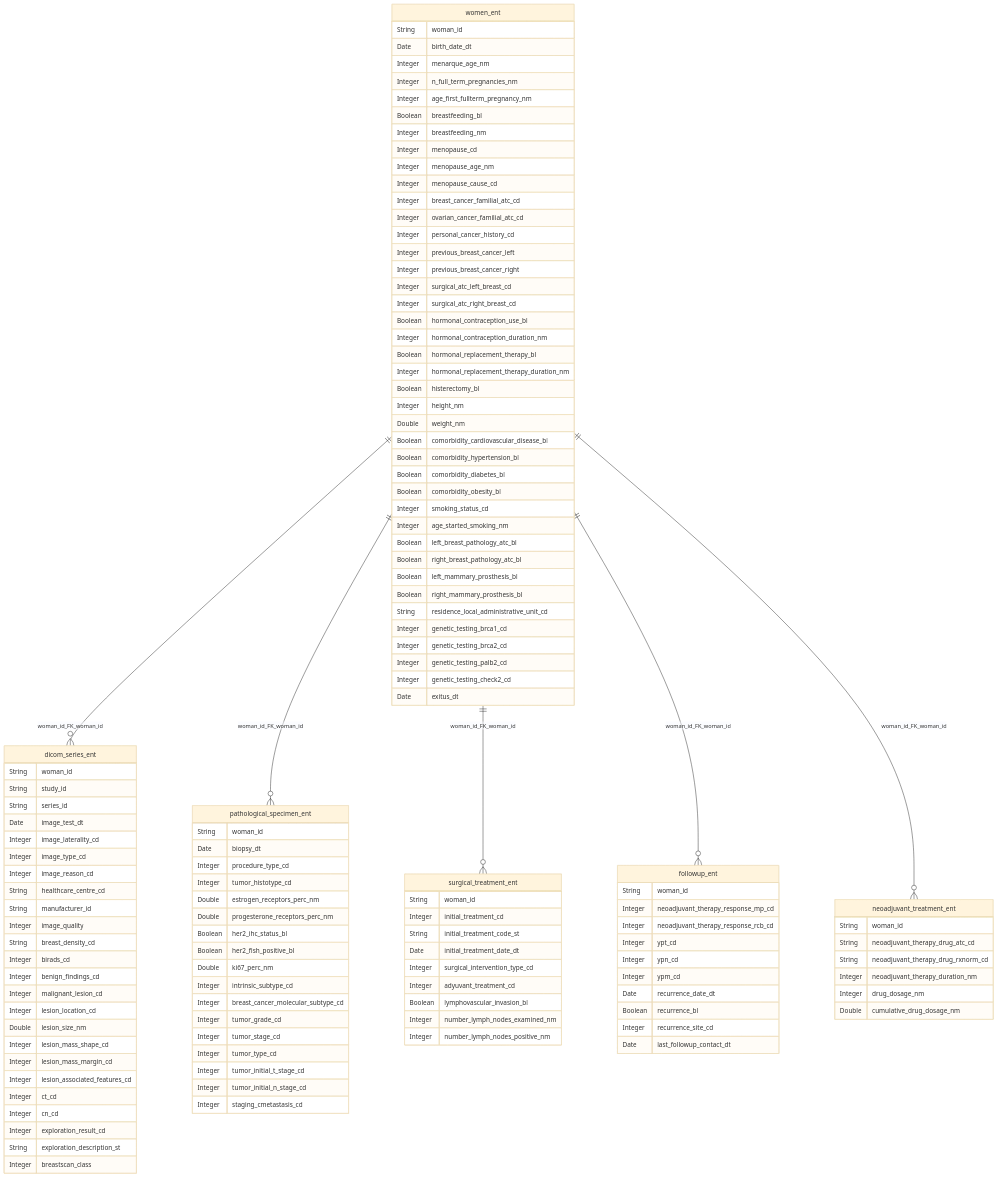
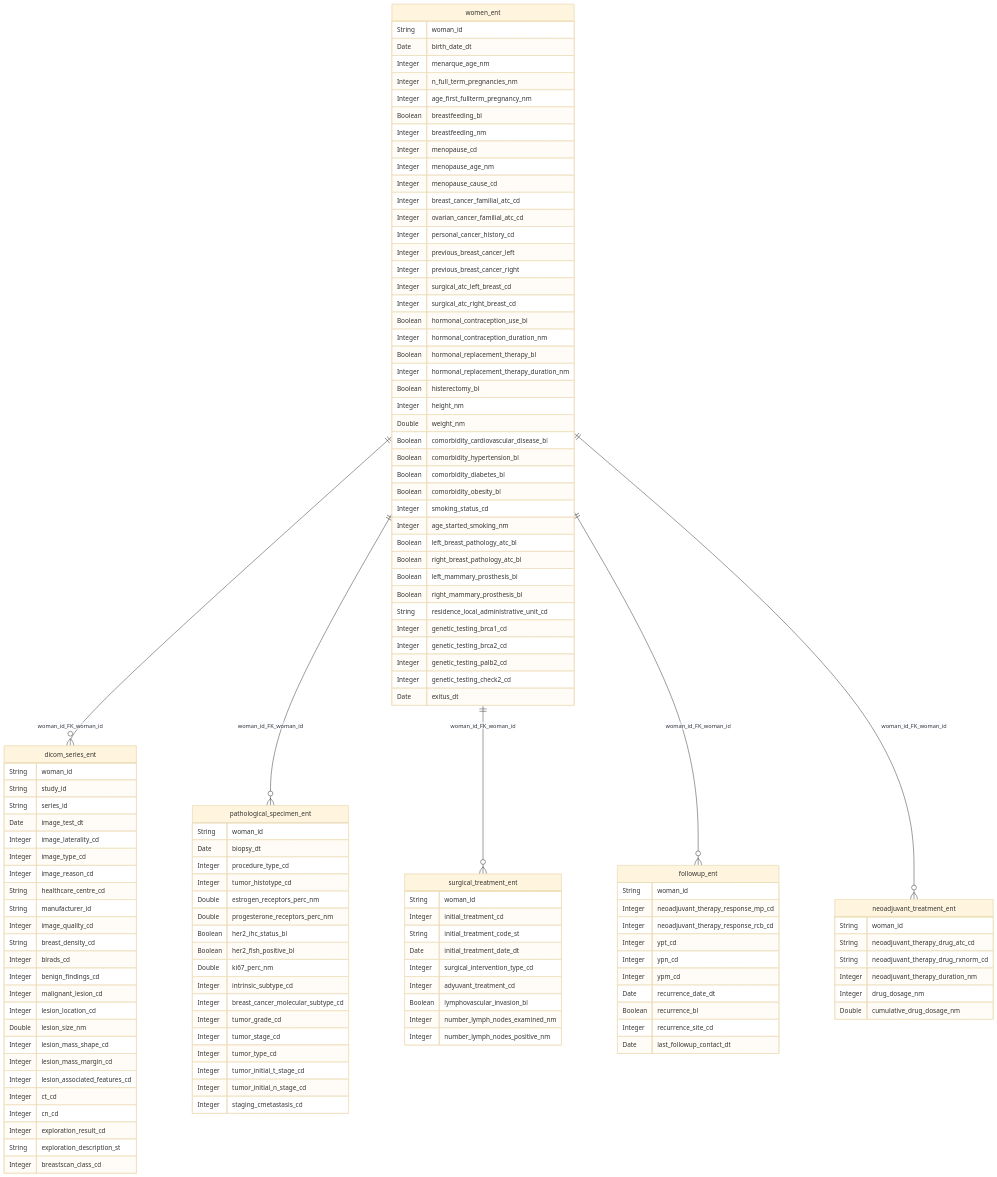
Before and after one commit to BreastSCan/Common-Data-Model: the diagram in docs/CDM/ER.mmd, drawn with Mermaid (base theme). The commit also changed 8 other files, not shown here.

```diff
--- a/docs/CDM/ER.mmd
+++ b/docs/CDM/ER.mmd
@@ -1,124 +1,124 @@
 erDiagram
   women_ent {
     String woman_id
     Date birth_date_dt
     Integer menarque_age_nm
     Integer n_full_term_pregnancies_nm
     Integer age_first_fullterm_pregnancy_nm
     Boolean breastfeeding_bl
     Integer breastfeeding_nm
     Integer menopause_cd
     Integer menopause_age_nm
     Integer menopause_cause_cd
     Integer breast_cancer_familial_atc_cd
     Integer ovarian_cancer_familial_atc_cd
     Integer personal_cancer_history_cd
     Integer previous_breast_cancer_left
     Integer previous_breast_cancer_right
     Integer surgical_atc_left_breast_cd
     Integer surgical_atc_right_breast_cd
     Boolean hormonal_contraception_use_bl
     Integer hormonal_contraception_duration_nm
     Boolean hormonal_replacement_therapy_bl
     Integer hormonal_replacement_therapy_duration_nm
     Boolean histerectomy_bl
     Integer height_nm
     Double weight_nm
     Boolean comorbidity_cardiovascular_disease_bl
     Boolean comorbidity_hypertension_bl
     Boolean comorbidity_diabetes_bl
     Boolean comorbidity_obesity_bl
     Integer smoking_status_cd
     Integer age_started_smoking_nm
     Boolean left_breast_pathology_atc_bl
     Boolean right_breast_pathology_atc_bl
     Boolean left_mammary_prosthesis_bl
     Boolean right_mammary_prosthesis_bl
     String residence_local_administrative_unit_cd
     Integer genetic_testing_brca1_cd
     Integer genetic_testing_brca2_cd
     Integer genetic_testing_palb2_cd
     Integer genetic_testing_check2_cd
     Date exitus_dt
   }
   dicom_series_ent {
     String woman_id
     String study_id
     String series_id
     Date image_test_dt
     Integer image_laterality_cd
     Integer image_type_cd
     Integer image_reason_cd
     String healthcare_centre_cd
     String manufacturer_id
-    Integer image_quality
+    Integer image_quality_cd
     String breast_density_cd
     Integer birads_cd
     Integer benign_findings_cd
     Integer malignant_lesion_cd
     Integer lesion_location_cd
     Double lesion_size_nm
     Integer lesion_mass_shape_cd
     Integer lesion_mass_margin_cd
     Integer lesion_associated_features_cd
     Integer ct_cd
     Integer cn_cd
     Integer exploration_result_cd
     String exploration_description_st
-    Integer breastscan_class
+    Integer breastscan_class_cd
   }
   surgical_treatment_ent {
     String woman_id
     Integer initial_treatment_cd
     String initial_treatment_code_st
     Date initial_treatment_date_dt
     Integer surgical_intervention_type_cd
     Integer adyuvant_treatment_cd
     Boolean lymphovascular_invasion_bl
     Integer number_lymph_nodes_examined_nm
     Integer number_lymph_nodes_positive_nm
   }
   pathological_specimen_ent {
     String woman_id
     Date biopsy_dt
     Integer procedure_type_cd
     Integer tumor_histotype_cd
     Double estrogen_receptors_perc_nm
     Double progesterone_receptors_perc_nm
     Boolean her2_ihc_status_bl
     Boolean her2_fish_positive_bl
     Double ki67_perc_nm
     Integer intrinsic_subtype_cd
     Integer breast_cancer_molecular_subtype_cd
     Integer tumor_grade_cd
     Integer tumor_stage_cd
     Integer tumor_type_cd
     Integer tumor_initial_t_stage_cd
     Integer tumor_initial_n_stage_cd
     Integer staging_cmetastasis_cd
   }
   neoadjuvant_treatment_ent {
     String woman_id
     String neoadjuvant_therapy_drug_atc_cd
     String neoadjuvant_therapy_drug_rxnorm_cd
     Integer neoadjuvant_therapy_duration_nm
     Integer drug_dosage_nm
     Double cumulative_drug_dosage_nm
   }
   followup_ent {
     String woman_id
     Integer neoadjuvant_therapy_response_mp_cd
     Integer neoadjuvant_therapy_response_rcb_cd
     Integer ypt_cd
     Integer ypn_cd
     Integer ypm_cd
     Date recurrence_date_dt
     Boolean recurrence_bl
     Integer recurrence_site_cd
     Date last_followup_contact_dt
   }
   women_ent ||--o{ dicom_series_ent : "woman_id_FK_woman_id"
   women_ent ||--o{ pathological_specimen_ent : "woman_id_FK_woman_id"
   women_ent ||--o{ surgical_treatment_ent : "woman_id_FK_woman_id"
   women_ent ||--o{ followup_ent : "woman_id_FK_woman_id"
   women_ent ||--o{ neoadjuvant_treatment_ent : "woman_id_FK_woman_id"
```
